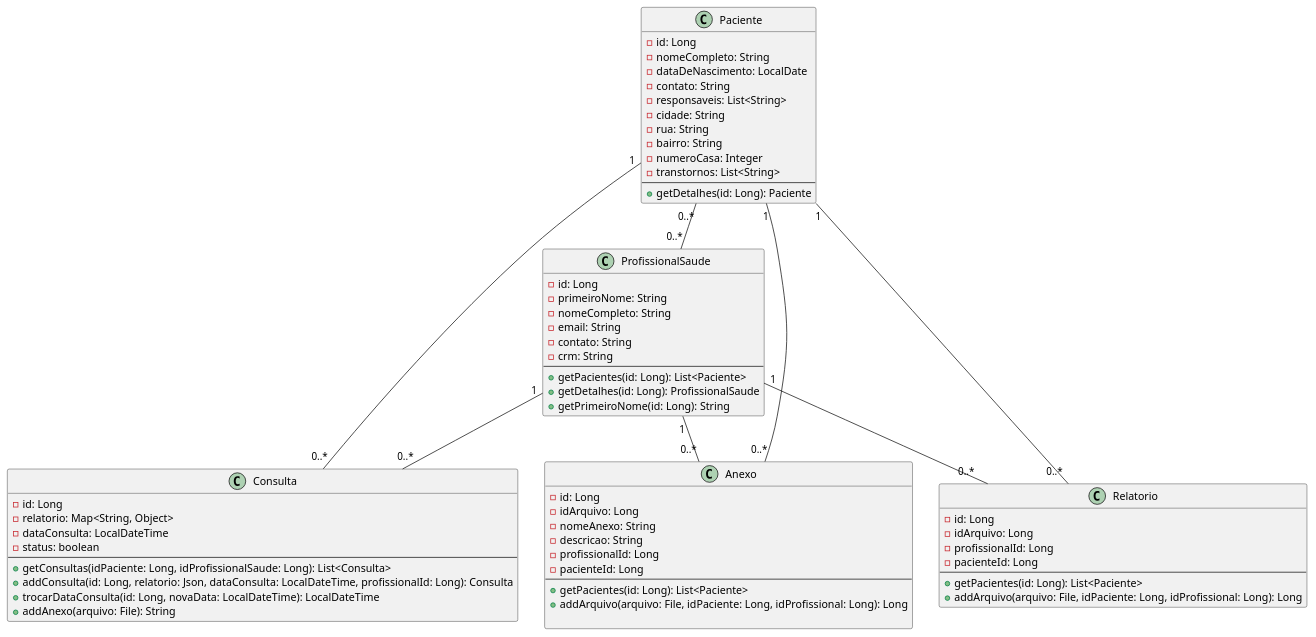
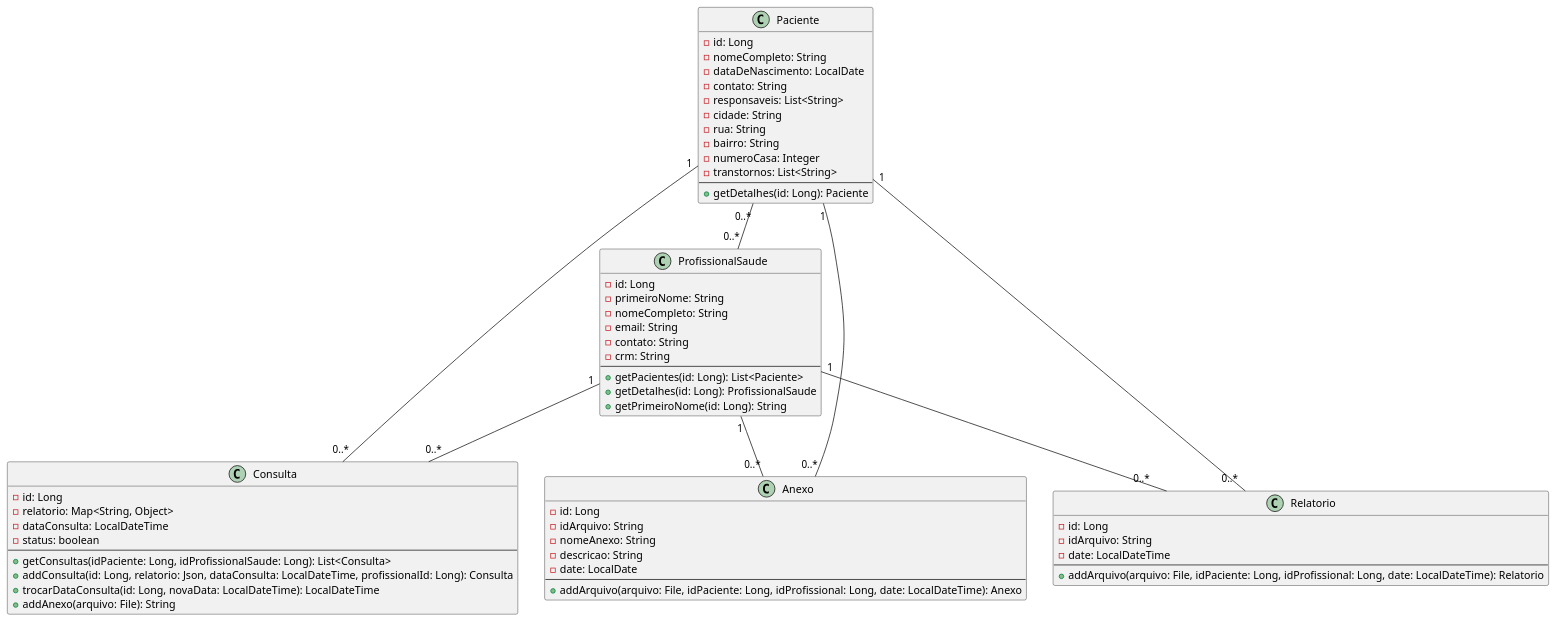
The diagram in docs/diagrama_de_classes.puml (IFPBEsp/APAE-atendimento), drawn with PlantUML before and after one commit.

Commit message:
refactor: removendo atributos como referencias e alterando tipos

```diff
--- a/docs/diagrama_de_classes.puml
+++ b/docs/diagrama_de_classes.puml
@@ -1,75 +1,70 @@
 @startuml
 
 class Paciente {
     - id: Long
     - nomeCompleto: String
     - dataDeNascimento: LocalDate
     - contato: String
     - responsaveis: List<String>
     - cidade: String
     - rua: String
     - bairro: String
     - numeroCasa: Integer
     - transtornos: List<String>
     --
     + getDetalhes(id: Long): Paciente
 }
 
 class Consulta {
     - id: Long
     - relatorio: Map<String, Object>
     - dataConsulta: LocalDateTime
     - status: boolean
     --
     + getConsultas(idPaciente: Long, idProfissionalSaude: Long): List<Consulta>
     + addConsulta(id: Long, relatorio: Json, dataConsulta: LocalDateTime, profissionalId: Long): Consulta
     + trocarDataConsulta(id: Long, novaData: LocalDateTime): LocalDateTime
     + addAnexo(arquivo: File): String
 }
 
 class ProfissionalSaude {
     - id: Long
     - primeiroNome: String
     - nomeCompleto: String
     - email: String
     - contato: String
     - crm: String
     --
     + getPacientes(id: Long): List<Paciente>
     + getDetalhes(id: Long): ProfissionalSaude
     + getPrimeiroNome(id: Long): String
 }
 
 
 class Anexo {
     - id: Long
-    - idArquivo: Long
+    - idArquivo: String
     - nomeAnexo: String
     - descricao: String
-    - profissionalId: Long
-    - pacienteId: Long
+    - date: LocalDate
     --
-    + getPacientes(id: Long): List<Paciente>
-    + addArquivo(arquivo: File, idPaciente: Long, idProfissional: Long): Long
-
+    + addArquivo(arquivo: File, idPaciente: Long, idProfissional: Long, date: LocalDateTime): Anexo
 }
 
 class Relatorio {
     - id: Long
-    - idArquivo: Long
-    - profissionalId: Long
-    - pacienteId: Long
+    - idArquivo: String
+    - date: LocalDateTime
     --
-    + getPacientes(id: Long): List<Paciente>
-    + addArquivo(arquivo: File, idPaciente: Long, idProfissional: Long): Long
+    + addArquivo(arquivo: File, idPaciente: Long, idProfissional: Long, date: LocalDateTime): Relatorio
 }
 
 Paciente "1" -- "0..*" Consulta
 ProfissionalSaude "1" -- "0..*" Consulta
 Paciente "0..*" -- "0..*" ProfissionalSaude
 Anexo "0..*" -- "1" Paciente
 Paciente "1" -- "0..*" Relatorio
 ProfissionalSaude "1" -- "0..*" Relatorio
 ProfissionalSaude "1" -- "0..*" Anexo
 
 @enduml
```
